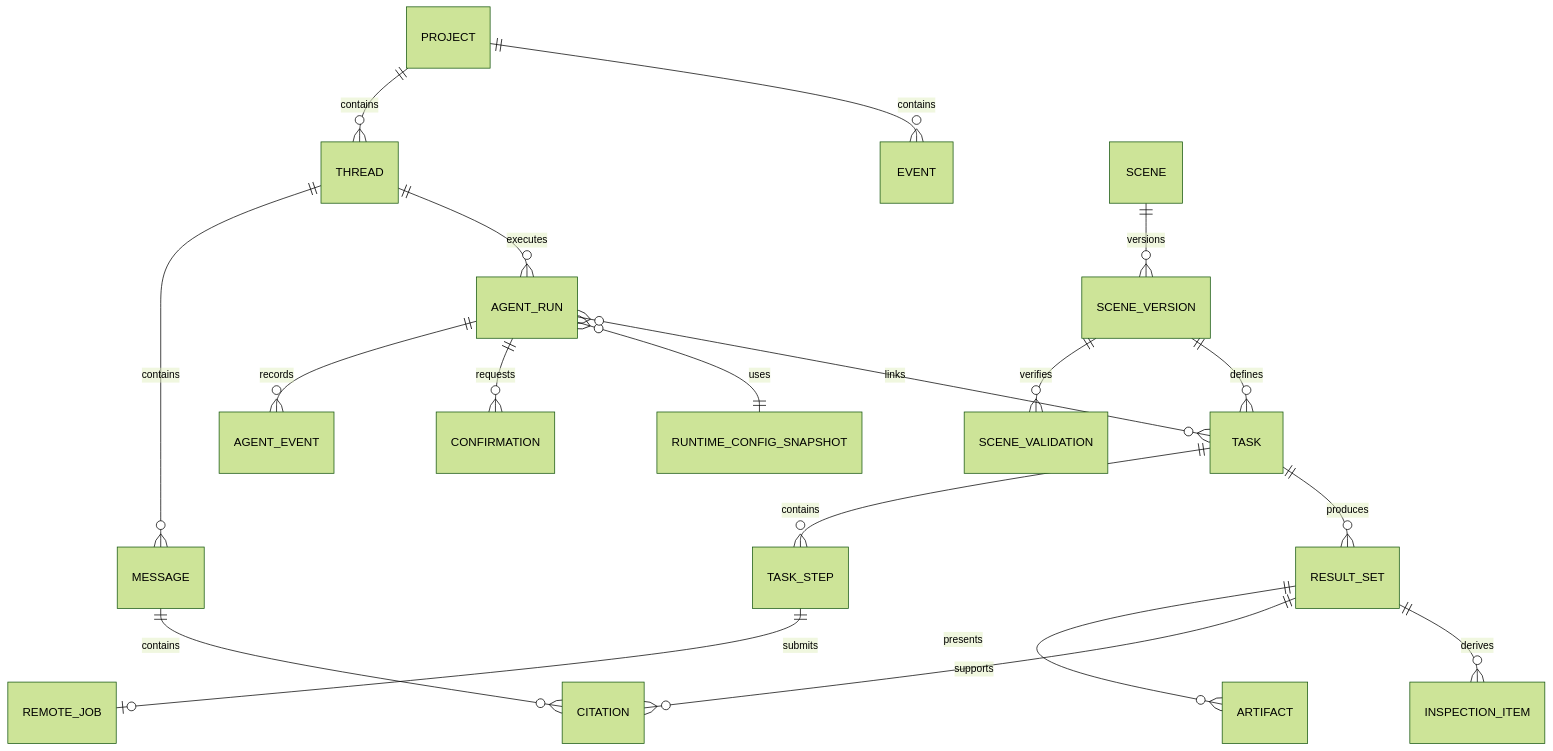
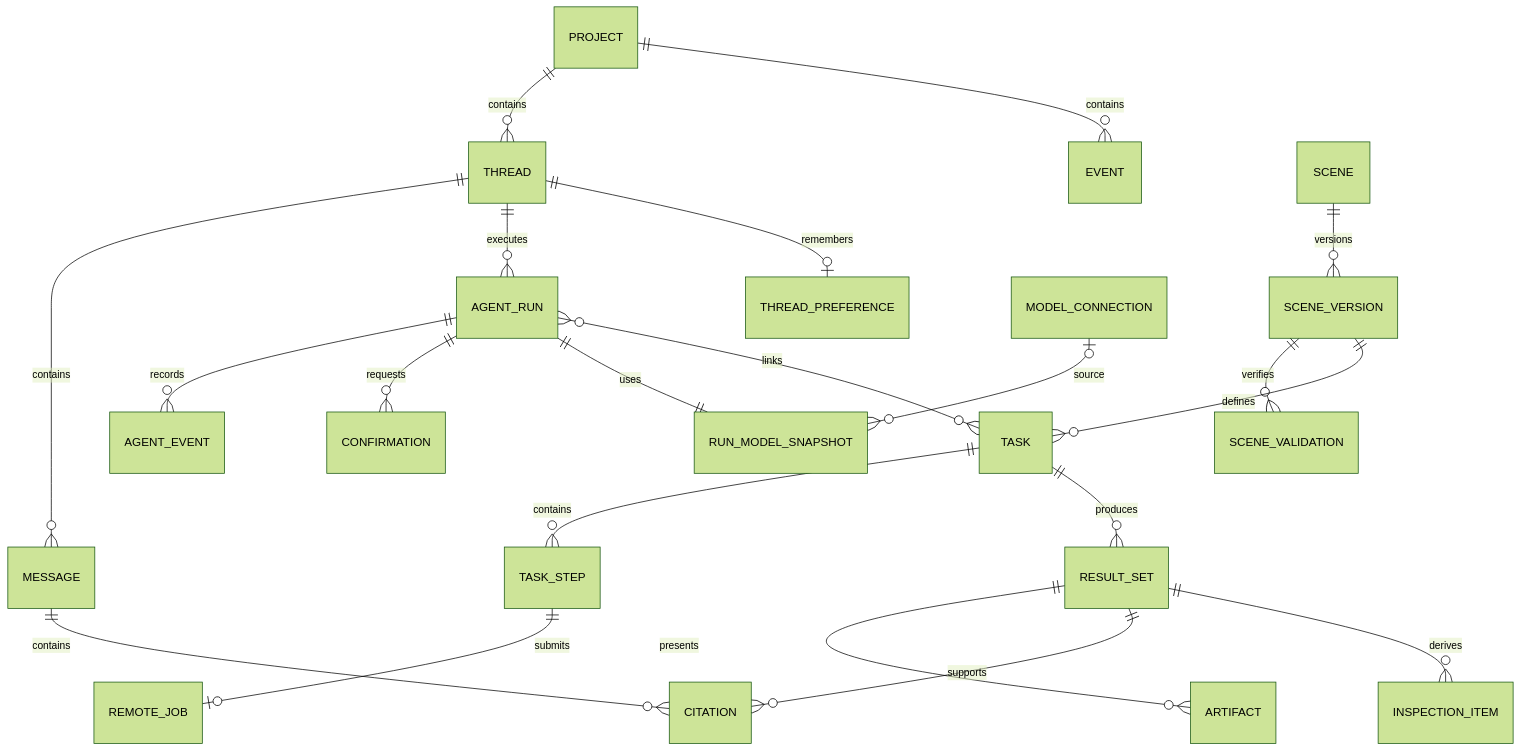
The fifth of 5 diagrams in docs/开发架构设计.md (haodijia/kunyu-geoagent), drawn with Mermaid (forest theme) before and after one commit. The commit also changed other lines of this file, not shown here.

Commit message:
docs: refine desktop architecture for v3 UI mockups

````diff
--- a/docs/开发架构设计.md
+++ b/docs/开发架构设计.md
@@ -927,21 +1015,23 @@
 ```mermaid
 erDiagram
     PROJECT ||--o{ THREAD : contains
     PROJECT ||--o{ EVENT : contains
     SCENE ||--o{ SCENE_VERSION : versions
     SCENE_VERSION ||--o{ SCENE_VALIDATION : verifies
     THREAD ||--o{ MESSAGE : contains
     THREAD ||--o{ AGENT_RUN : executes
+    THREAD ||--o| THREAD_PREFERENCE : remembers
     AGENT_RUN ||--o{ AGENT_EVENT : records
     AGENT_RUN ||--o{ CONFIRMATION : requests
-    AGENT_RUN }o--|| RUNTIME_CONFIG_SNAPSHOT : uses
+    AGENT_RUN ||--|| RUN_MODEL_SNAPSHOT : uses
+    MODEL_CONNECTION |o--o{ RUN_MODEL_SNAPSHOT : source
     AGENT_RUN }o--o{ TASK : links
     TASK ||--o{ TASK_STEP : contains
     TASK_STEP ||--o| REMOTE_JOB : submits
     TASK ||--o{ RESULT_SET : produces
     RESULT_SET ||--o{ ARTIFACT : presents
     RESULT_SET ||--o{ CITATION : supports
     RESULT_SET ||--o{ INSPECTION_ITEM : derives
     MESSAGE ||--o{ CITATION : contains
     SCENE_VERSION ||--o{ TASK : defines
 ```
````
